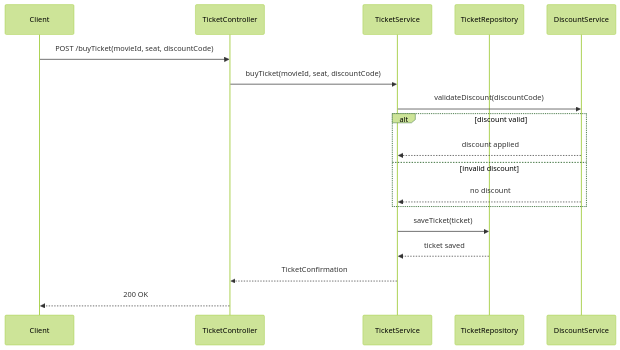
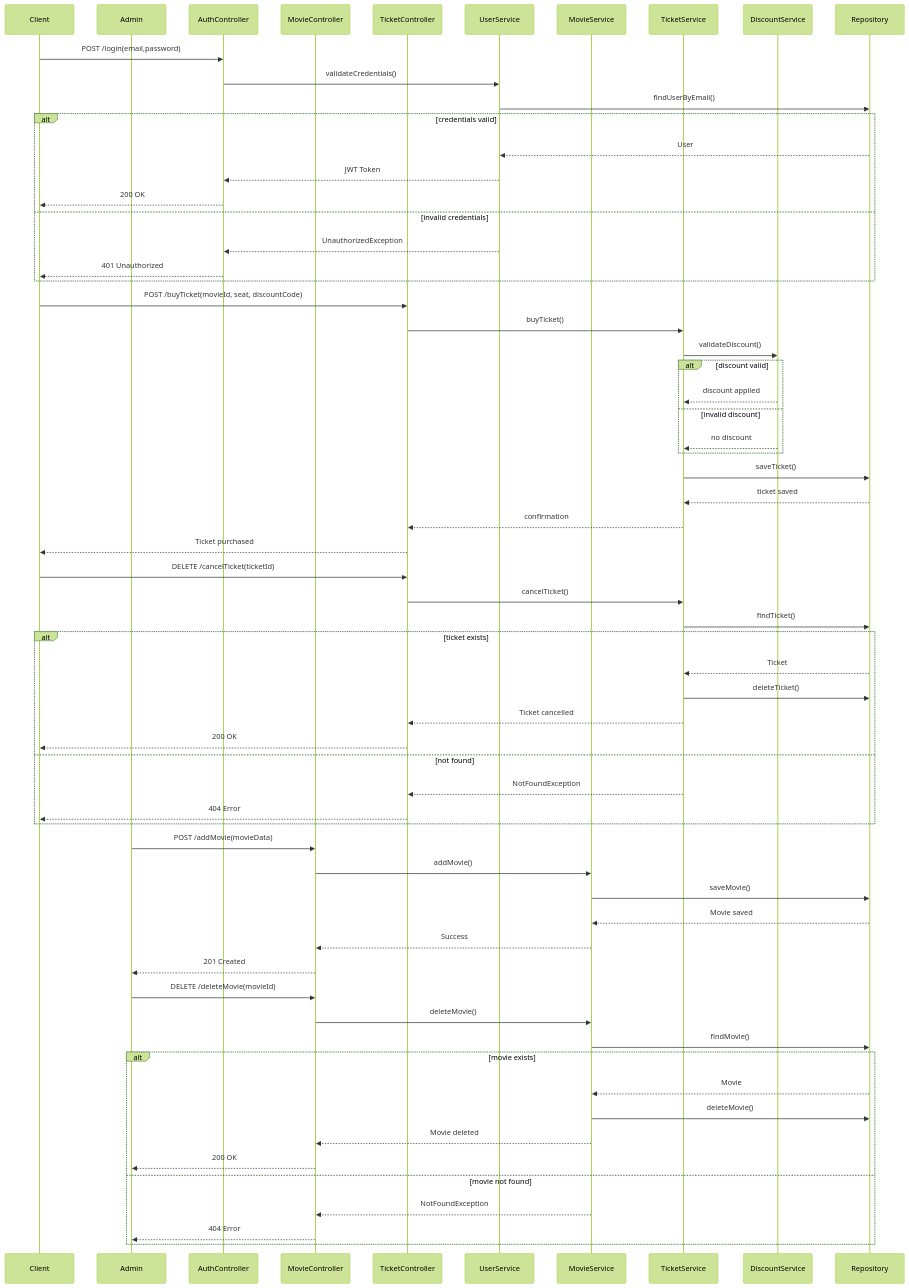
The diagram in README.md (DanutSavu/lab2), drawn with Mermaid (forest theme) before and after one commit. The commit also changed other lines of this file, not shown here.

Commit message:
Refactor sequence diagrams in README.md

````diff
--- a/README.md
+++ b/README.md
@@ -1,25 +1,84 @@
 ```mermaid
 sequenceDiagram
+
     participant C as Client
-    participant T as TicketController
-    participant S as TicketService
-    participant R as TicketRepository
-    participant D as DiscountService
+    participant A as Admin
+    participant Auth as AuthController
+    participant MovieC as MovieController
+    participant TicketC as TicketController
+    participant UserS as UserService
+    participant MovieS as MovieService
+    participant TicketS as TicketService
+    participant DiscS as DiscountService
+    participant Repo as Repository
 
-    C->>T: POST /buyTicket(movieId, seat, discountCode)
-    T->>S: buyTicket(movieId, seat, discountCode)
+    %% LOGIN
+    C->>Auth: POST /login(email,password)
+    Auth->>UserS: validateCredentials()
+    UserS->>Repo: findUserByEmail()
 
-    S->>D: validateDiscount(discountCode)
+    alt credentials valid
+        Repo-->>UserS: User
+        UserS-->>Auth: JWT Token
+        Auth-->>C: 200 OK
+    else invalid credentials
+        UserS-->>Auth: UnauthorizedException
+        Auth-->>C: 401 Unauthorized
+    end
+
+    %% BUY TICKET
+    C->>TicketC: POST /buyTicket(movieId, seat, discountCode)
+    TicketC->>TicketS: buyTicket()
+
+    TicketS->>DiscS: validateDiscount()
 
     alt discount valid
-        D-->>S: discount applied
+        DiscS-->>TicketS: discount applied
     else invalid discount
-        D-->>S: no discount
+        DiscS-->>TicketS: no discount
     end
 
-    S->>R: saveTicket(ticket)
-    R-->>S: ticket saved
+    TicketS->>Repo: saveTicket()
+    Repo-->>TicketS: ticket saved
+    TicketS-->>TicketC: confirmation
+    TicketC-->>C: Ticket purchased
 
-    S-->>T: TicketConfirmation
-    T-->>C: 200 OK
+    %% CANCEL TICKET
+    C->>TicketC: DELETE /cancelTicket(ticketId)
+    TicketC->>TicketS: cancelTicket()
+
+    TicketS->>Repo: findTicket()
+
+    alt ticket exists
+        Repo-->>TicketS: Ticket
+        TicketS->>Repo: deleteTicket()
+        TicketS-->>TicketC: Ticket cancelled
+        TicketC-->>C: 200 OK
+    else not found
+        TicketS-->>TicketC: NotFoundException
+        TicketC-->>C: 404 Error
+    end
+
+    %% ADMIN ADD MOVIE
+    A->>MovieC: POST /addMovie(movieData)
+    MovieC->>MovieS: addMovie()
+    MovieS->>Repo: saveMovie()
+    Repo-->>MovieS: Movie saved
+    MovieS-->>MovieC: Success
+    MovieC-->>A: 201 Created
+
+    %% ADMIN DELETE MOVIE
+    A->>MovieC: DELETE /deleteMovie(movieId)
+    MovieC->>MovieS: deleteMovie()
+    MovieS->>Repo: findMovie()
+
+    alt movie exists
+        Repo-->>MovieS: Movie
+        MovieS->>Repo: deleteMovie()
+        MovieS-->>MovieC: Movie deleted
+        MovieC-->>A: 200 OK
+    else movie not found
+        MovieS-->>MovieC: NotFoundException
+        MovieC-->>A: 404 Error
+    end
 ```
````
